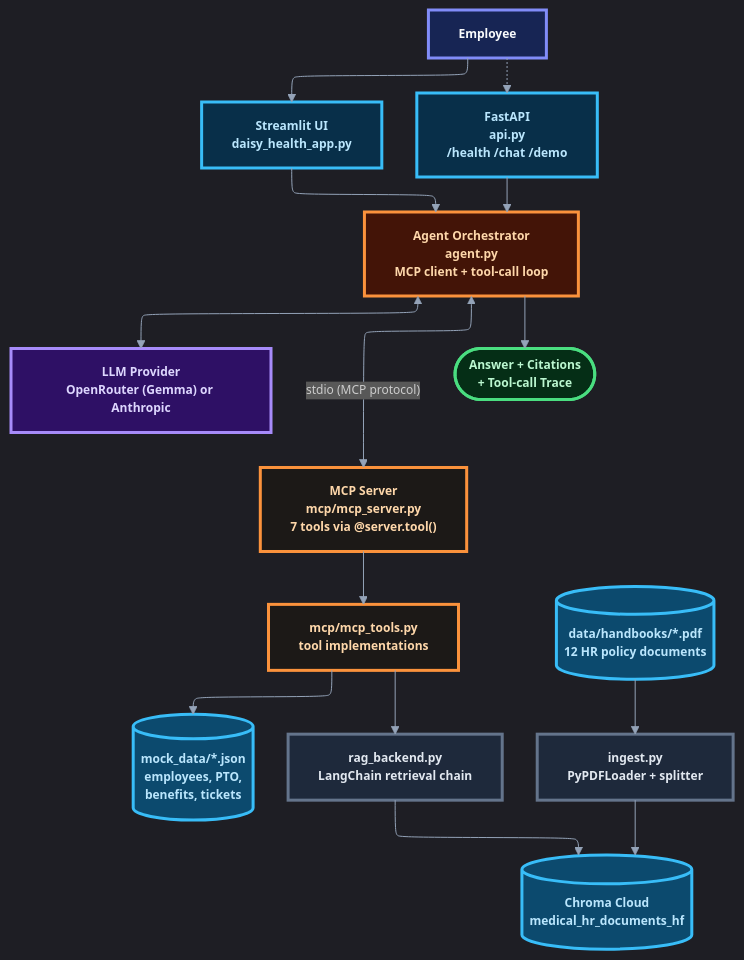
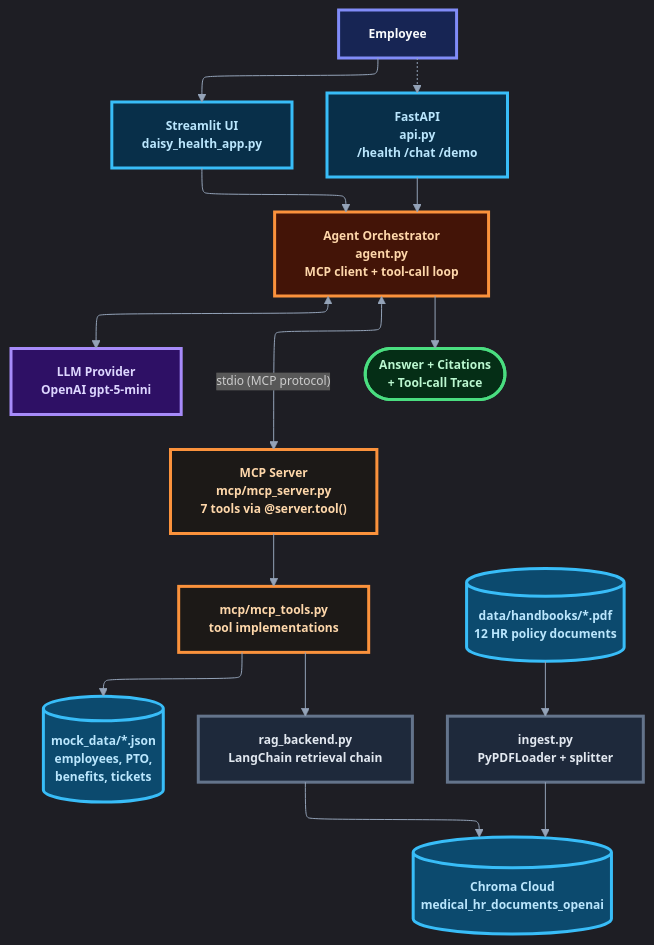
Before and after one commit to Alex-is-Gonzalez/Daisy_Health: the first of 6 diagrams in README.MD, drawn with Mermaid. The commit also changed other lines of this file and 18 other files, not shown here.

````diff
--- a/README.MD
+++ b/README.MD
@@ -62,52 +61,52 @@
 ```mermaid
 ---
 config:
   layout: elk
   theme: dark
   themeVariables:
     background: "#0b1120"
     primaryColor: "#111827"
     primaryTextColor: "#f8fafc"
     primaryBorderColor: "#475569"
     lineColor: "#94a3b8"
     fontFamily: "Inter, ui-sans-serif, system-ui, sans-serif"
     fontSize: "12px"
 ---
 flowchart TB
     U["Employee"] --> UI["Streamlit UI<br/>daisy_health_app.py"]
     U -.-> API["FastAPI<br/>api.py<br/>/health /chat /demo"]
 
     UI --> AG["Agent Orchestrator<br/>agent.py<br/>MCP client + tool-call loop"]
     API --> AG
 
-    AG <--> LLM["LLM Provider<br/>OpenRouter (Gemma) or Anthropic"]
+    AG <--> LLM["LLM Provider<br/>OpenAI gpt-5-mini"]
     AG <-- "stdio (MCP protocol)" --> MCP["MCP Server<br/>mcp/mcp_server.py<br/>7 tools via @server.tool()"]
 
     MCP --> TOOLS["mcp/mcp_tools.py<br/>tool implementations"]
     TOOLS --> MOCK[("mock_data/*.json<br/>employees, PTO,<br/>benefits, tickets")]
     TOOLS --> RAG["rag_backend.py<br/>LangChain retrieval chain"]
 
-    RAG --> VDB[("Chroma Cloud<br/>medical_hr_documents_hf")]
+    RAG --> VDB[("Chroma Cloud<br/>medical_hr_documents_openai")]
     ING["ingest.py<br/>PyPDFLoader + splitter"] --> VDB
     PDF[("data/handbooks/*.pdf<br/>12 HR policy documents")] --> ING
 
     AG --> OUT(["Answer + Citations<br/>+ Tool-call Trace"])
 
     class U actor
     class UI,API surface
     class AG orchestrator
     class LLM llm
     class MCP,TOOLS mcp
     class MOCK,VDB,PDF data
     class ING,RAG pipeline
     class OUT output
 
     classDef actor fill:#172554,stroke:#818cf8,color:#f8fafc,stroke-width:3px,font-weight:bold
     classDef surface fill:#082f49,stroke:#38bdf8,color:#bae6fd,stroke-width:3px,font-weight:bold
     classDef orchestrator fill:#431407,stroke:#fb923c,color:#fed7aa,stroke-width:3px,font-weight:bold
     classDef llm fill:#2e1065,stroke:#a78bfa,color:#ddd6fe,stroke-width:3px,font-weight:bold
     classDef mcp fill:#1c1917,stroke:#fb923c,color:#fed7aa,stroke-width:3px,font-weight:bold
     classDef data fill:#0c4a6e,stroke:#38bdf8,color:#bae6fd,stroke-width:3px,font-weight:bold
     classDef pipeline fill:#1e293b,stroke:#64748b,color:#e2e8f0,stroke-width:3px,font-weight:bold
     classDef output fill:#052e16,stroke:#4ade80,color:#bbf7d0,stroke-width:3px,font-weight:bold
 ```
````
